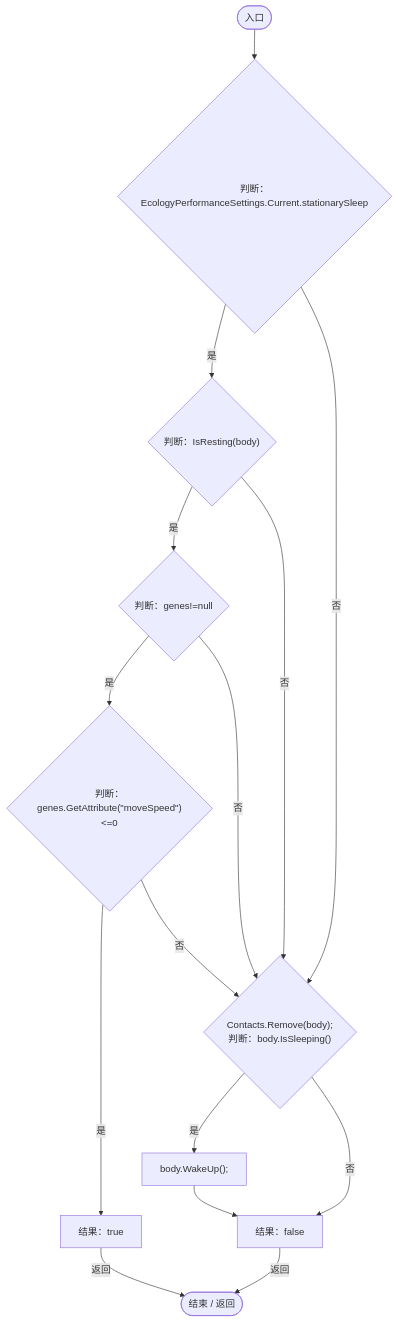
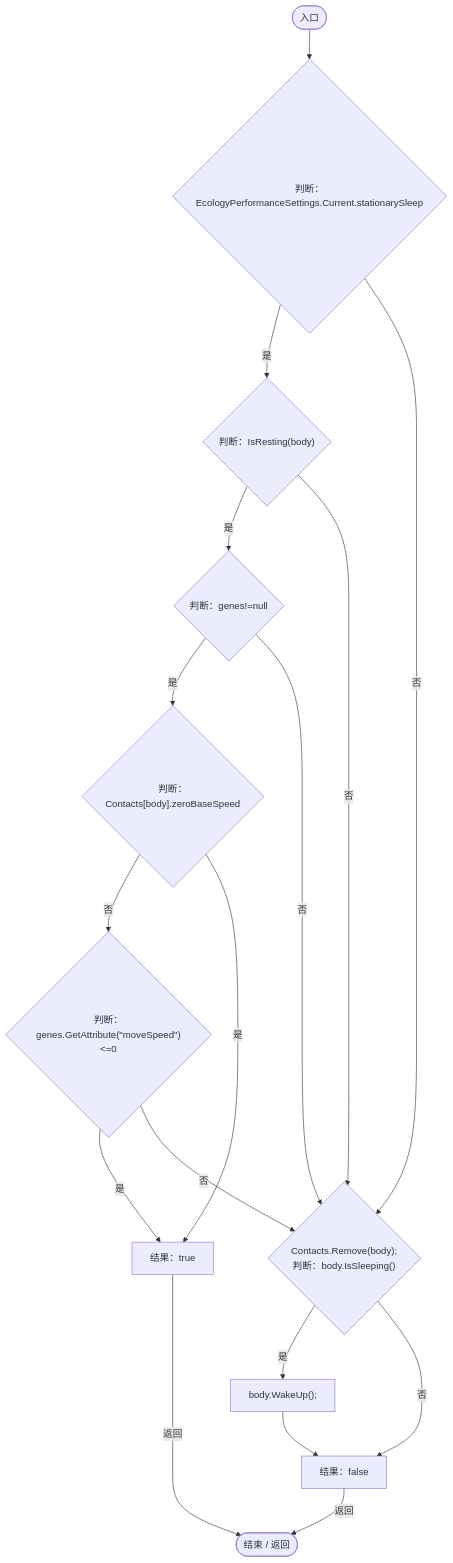
Before and after one commit to xhs6666/Darwin_paradise: the second of 7 diagrams in Docs/运行流程图/脚本/19e6d310d5522440.md, drawn with Mermaid. The commit also changed other lines of this file and 107 other files, not shown here.

````diff
--- a/Docs/运行流程图/脚本/19e6d310d5522440.md
+++ b/Docs/运行流程图/脚本/19e6d310d5522440.md
@@ -76,28 +89,31 @@
 ```mermaid
 flowchart TD
   b0(["入口"])
   b1{"判断：EcologyPerformanceSettings.Current.stationarySleep"}
   b2{"判断：IsResting(body)"}
   b3{"判断：genes!=null"}
-  b4{"判断：genes.GetAttribute(&quot;moveSpeed&quot;)&lt;=0"}
-  b5["结果：true"]
-  b6{"Contacts.Remove(body);<br/>判断：body.IsSleeping()"}
-  b7["body.WakeUp();"]
-  b8["结果：false"]
-  b9(["结束 / 返回"])
+  b4{"判断：Contacts[body].zeroBaseSpeed"}
+  b5{"判断：genes.GetAttribute(&quot;moveSpeed&quot;)&lt;=0"}
+  b6["结果：true"]
+  b7{"Contacts.Remove(body);<br/>判断：body.IsSleeping()"}
+  b8["body.WakeUp();"]
+  b9["结果：false"]
+  b10(["结束 / 返回"])
   b0 --> b1
   b1 -->|"是"| b2
-  b1 -->|"否"| b6
+  b1 -->|"否"| b7
   b2 -->|"是"| b3
-  b2 -->|"否"| b6
+  b2 -->|"否"| b7
   b3 -->|"是"| b4
-  b3 -->|"否"| b6
-  b4 -->|"是"| b5
-  b4 -->|"否"| b6
-  b5 -->|"返回"| b9
-  b6 -->|"是"| b7
-  b6 -->|"否"| b8
-  b7 --> b8
-  b8 -->|"返回"| b9
+  b3 -->|"否"| b7
+  b4 -->|"否"| b5
+  b4 -->|"是"| b6
+  b5 -->|"是"| b6
+  b5 -->|"否"| b7
+  b6 -->|"返回"| b10
+  b7 -->|"是"| b8
+  b7 -->|"否"| b9
+  b8 --> b9
+  b9 -->|"返回"| b10
 
 ```
````
